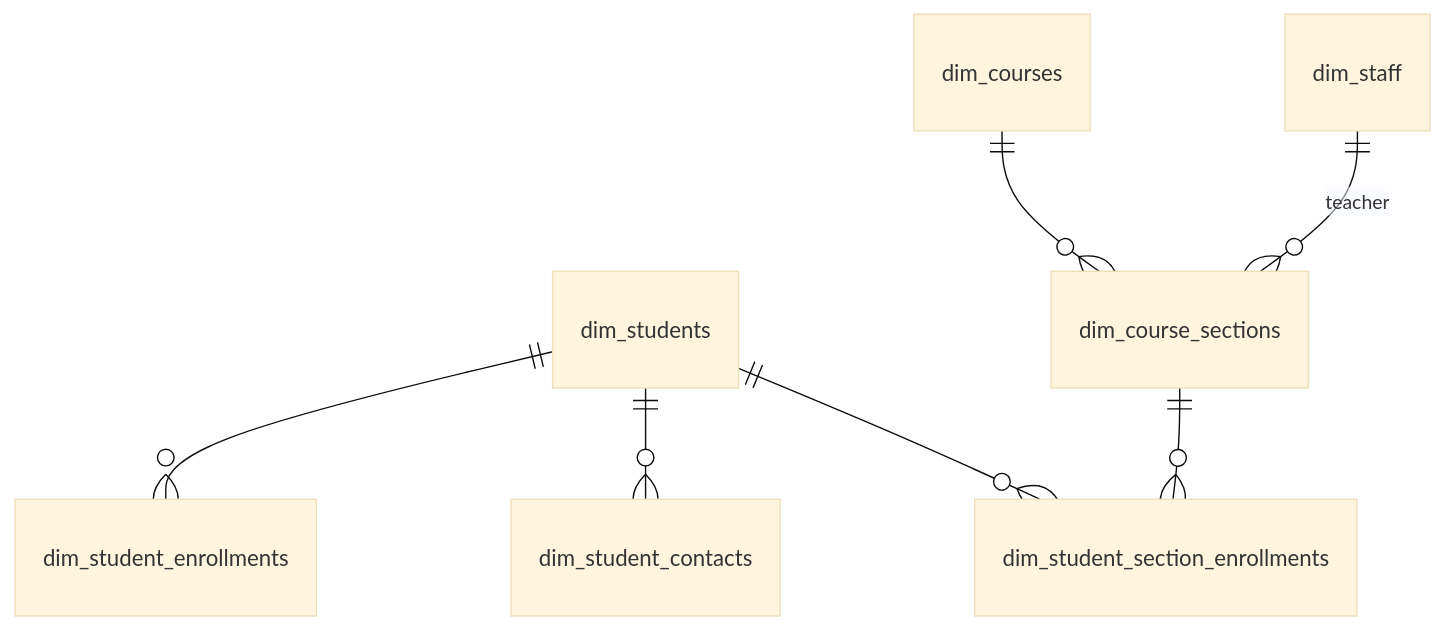
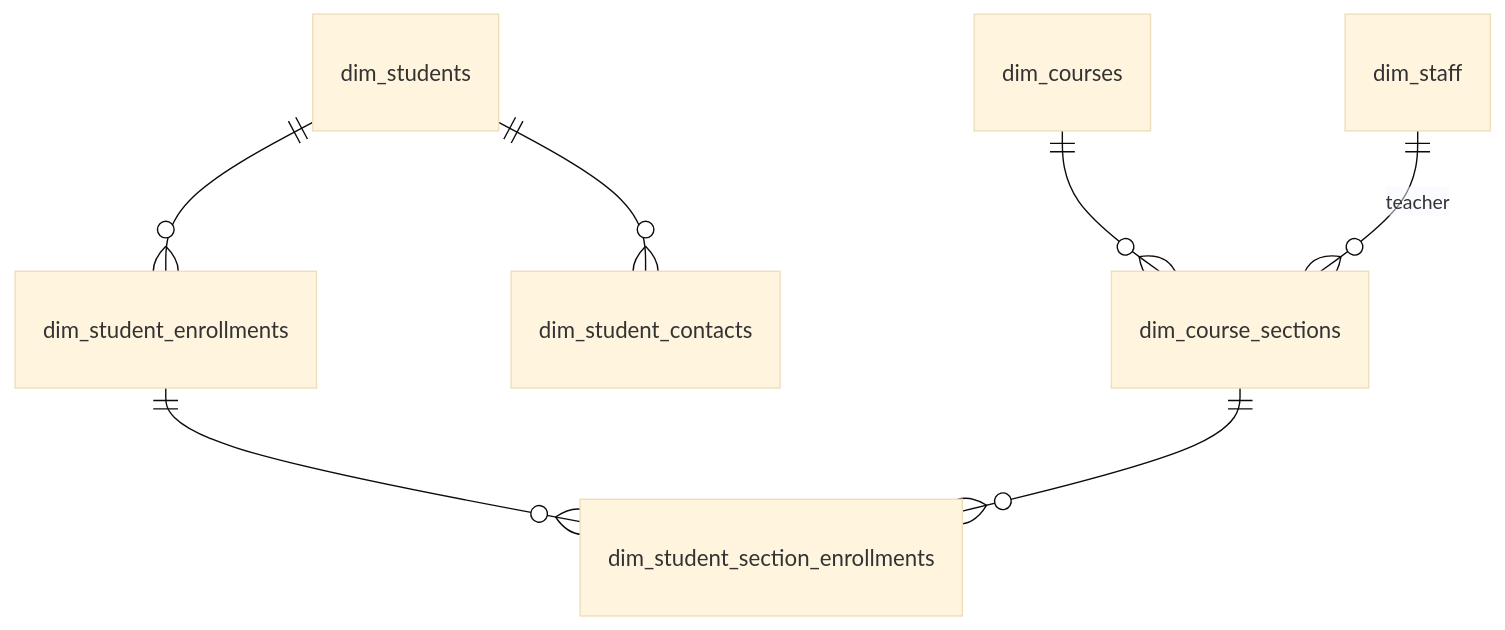
One commit to TEAMSchools/teamster changed the first of 10 diagrams in docs/superpowers/specs/2026-03-27-star-schema-data-mart-design.md. Above: the diagram before and after it, drawn with Mermaid (base theme). The commit also changed other lines of this file, not shown here.

First line of the commit message:
docs: revise star schema data mart spec per stakeholder feedback

````diff
--- a/docs/superpowers/specs/2026-03-27-star-schema-data-mart-design.md
+++ b/docs/superpowers/specs/2026-03-27-star-schema-data-mart-design.md
@@ -333,9 +403,9 @@
 ```mermaid
 erDiagram
     dim_students ||--o{ dim_student_enrollments : ""
     dim_students ||--o{ dim_student_contacts : ""
-    dim_students ||--o{ dim_student_section_enrollments : ""
+    dim_student_enrollments ||--o{ dim_student_section_enrollments : ""
     dim_courses ||--o{ dim_course_sections : ""
     dim_course_sections ||--o{ dim_student_section_enrollments : ""
     dim_staff ||--o{ dim_course_sections : "teacher"
 ```
````
